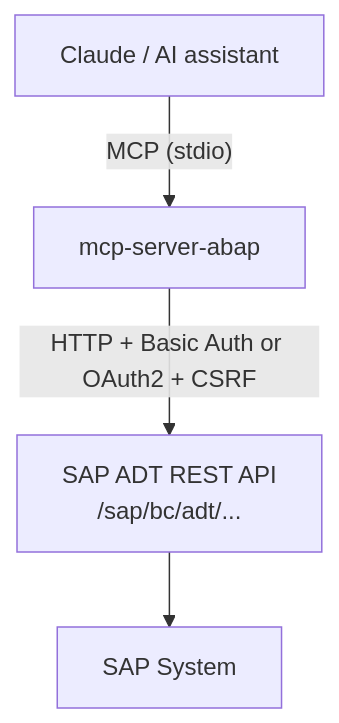
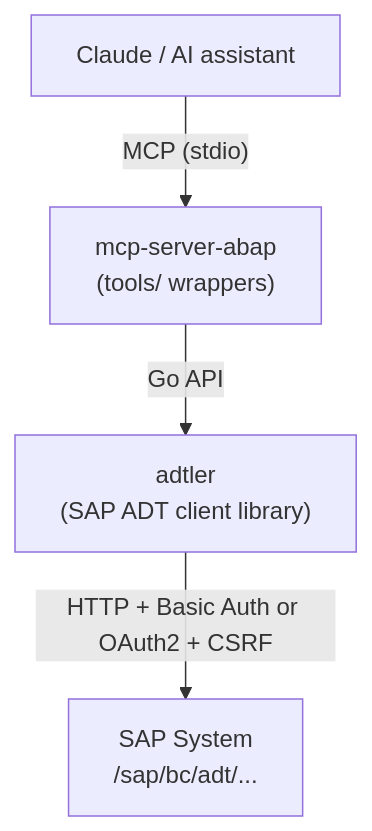
One commit to Hochfrequenz/aibap.mcp changed the diagram in README.md. Above: the diagram before and after it, drawn with Mermaid. The commit also changed other lines of this file, not shown here.

Commit message:
docs: explain adtler dependency in How it works section
The Architecture section near the bottom of the README was updated in
PR #275 to point at adtler, but the high-level "How it works" section
near the top still showed mcp-server-abap talking directly to SAP —
which is no longer the actual layering after the extraction.

Add a one-paragraph explanation of adtler in "How it works" and update
the mermaid diagram to show adtler as the intermediate library layer
between the MCP server and the SAP system. The "standalone library /
CLI / CI pipelines" claim already lives in the Architecture section,
so the new intro paragraph deliberately stops short of repeating it.

````diff
--- a/README.md
+++ b/README.md
@@ -17,6 +19,6 @@
 ```mermaid
 graph TD
-    A["Claude / AI assistant"] -->|"MCP (stdio)"| B["mcp-server-abap"]
-    B -->|"HTTP + Basic Auth or OAuth2 + CSRF"| C["SAP ADT REST API<br/>/sap/bc/adt/..."]
-    C --> D["SAP System"]
+    A["Claude / AI assistant"] -->|"MCP (stdio)"| B["mcp-server-abap<br/>(tools/ wrappers)"]
+    B -->|"Go API"| C["adtler<br/>(SAP ADT client library)"]
+    C -->|"HTTP + Basic Auth or OAuth2 + CSRF"| D["SAP System<br/>/sap/bc/adt/..."]
 ```
````
